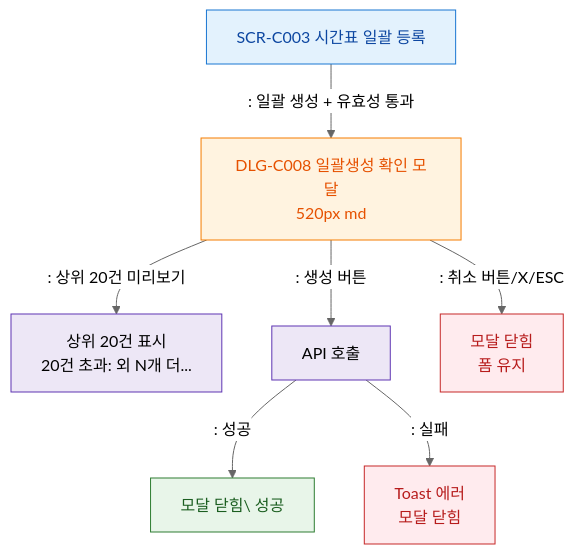
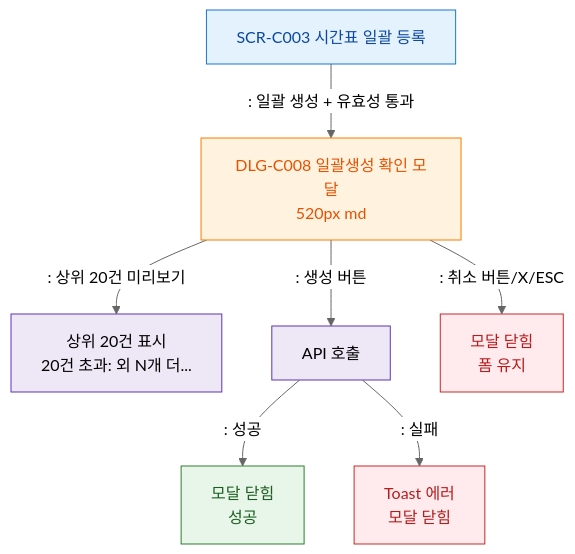
The diagram in docs/admin/다이어그램/D04_수업관리/SCR-C003_시간표일괄등록/F5_모달트리거.md (dev-spogym/admin-pando), drawn with Mermaid (neutral theme) before and after one commit. The commit also changed 369 other files, not shown here.

````diff
--- a/docs/admin/다이어그램/D04_수업관리/SCR-C003_시간표일괄등록/F5_모달트리거.md
+++ b/docs/admin/다이어그램/D04_수업관리/SCR-C003_시간표일괄등록/F5_모달트리거.md
@@ -18,24 +18,24 @@
 ```mermaid
 flowchart TD
   SCR_C003[SCR-C003 시간표 일괄 등록]
 
   SCR_C003 -->|": 일괄 생성 + 유효성 통과"|DLG_C008[DLG-C008 일괄생성 확인 모달\n520px md]
 
   DLG_C008 -->|": 상위 20건 미리보기"|Preview20[상위 20건 표시\n20건 초과: 외 N개 더...]
   DLG_C008 -->|": 생성 버튼"|BulkAPI[API 호출]
   DLG_C008 -->|": 취소 버튼/X/ESC"|CloseModal[모달 닫힘\n폼 유지]
 
-  BulkAPI -->|": 성공"|CloseAndToast[모달 닫힘\ 성공]
+  BulkAPI -->|": 성공"|CloseAndToast[모달 닫힘<br/> 성공]
   BulkAPI -->|": 실패"|ErrorToast[Toast 에러\n모달 닫힘]
 
   classDef screen fill:#E3F2FD,stroke:#1976D2,color:#0D47A1
   classDef modal fill:#FFF3E0,stroke:#F57C00,color:#E65100
   classDef system fill:#EDE7F6,stroke:#5E35B2
   classDef success fill:#E8F5E9,stroke:#2E7D32,color:#1B5E20
   classDef error fill:#FFEBEE,stroke:#C62828,color:#B71C1C
   class SCR_C003 screen
   class DLG_C008 modal
   class BulkAPI,Preview20 system
   class CloseAndToast success
   class ErrorToast,CloseModal error
 ```
````
